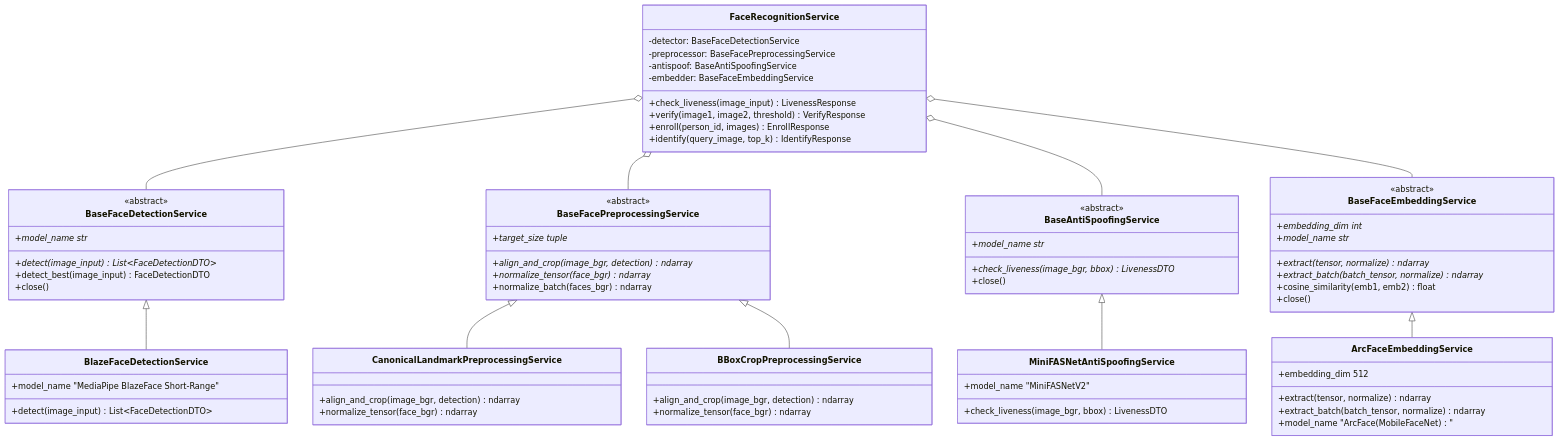
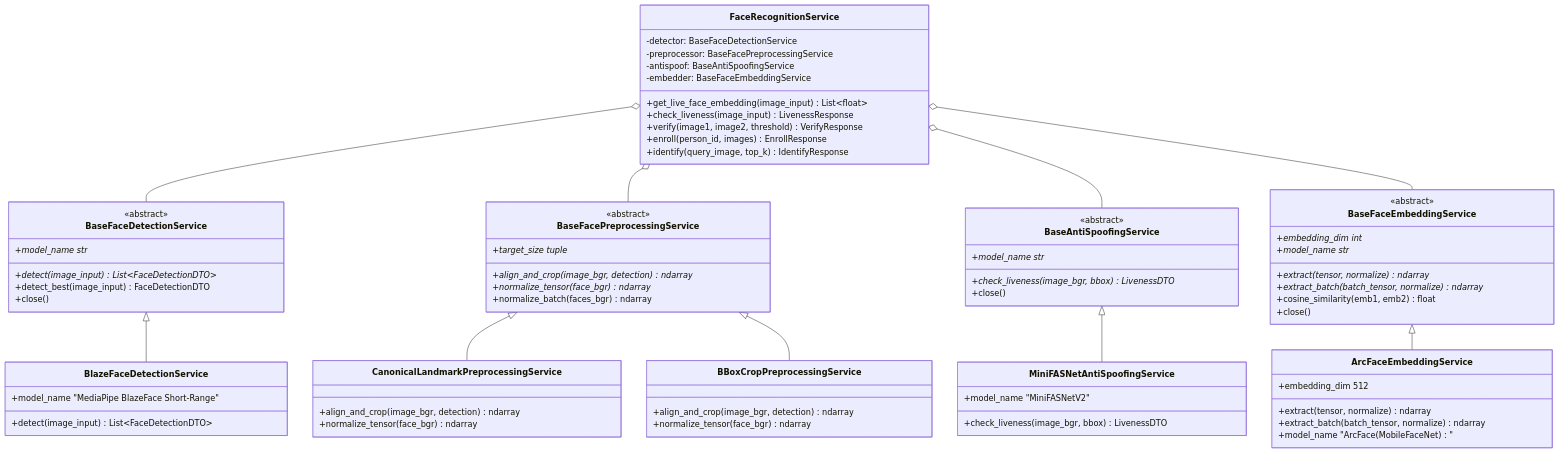
Before and after one commit to NVKQ2022/MVP: the diagram in AI/FaceAuthentication/Recognition/README.md, drawn with Mermaid. The commit also changed other lines of this file and 2 other files, not shown here.

First line of the commit message:
docs(api): document live embedding endpoints and update API demo simulation

```diff
--- a/AI/FaceAuthentication/Recognition/README.md
+++ b/AI/FaceAuthentication/Recognition/README.md
@@ -80,6 +80,7 @@
         -preprocessor: BaseFacePreprocessingService
         -antispoof: BaseAntiSpoofingService
         -embedder: BaseFaceEmbeddingService
+        +get_live_face_embedding(image_input) List~float~
         +check_liveness(image_input) LivenessResponse
         +verify(image1, image2, threshold) VerifyResponse
         +enroll(person_id, images) EnrollResponse
```
